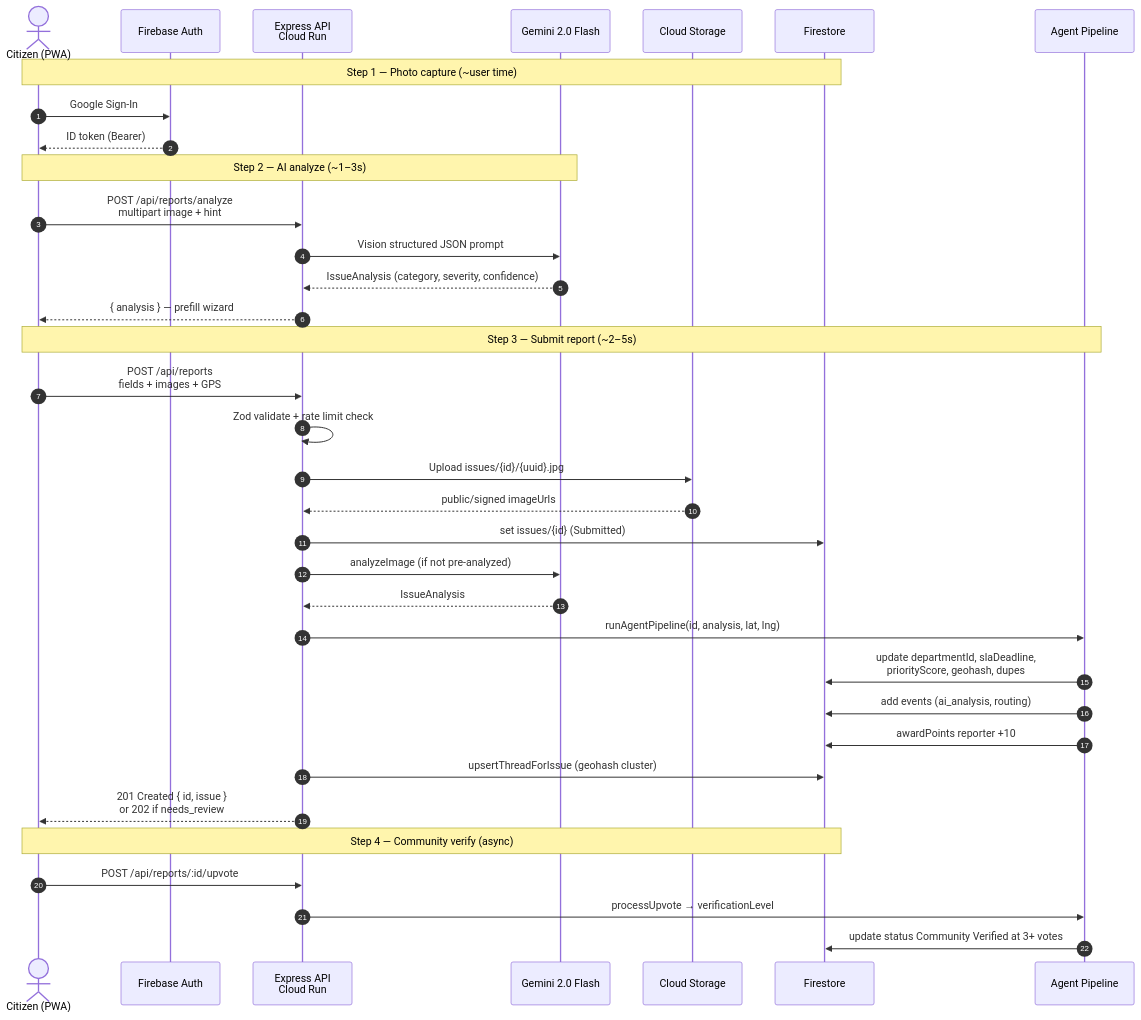
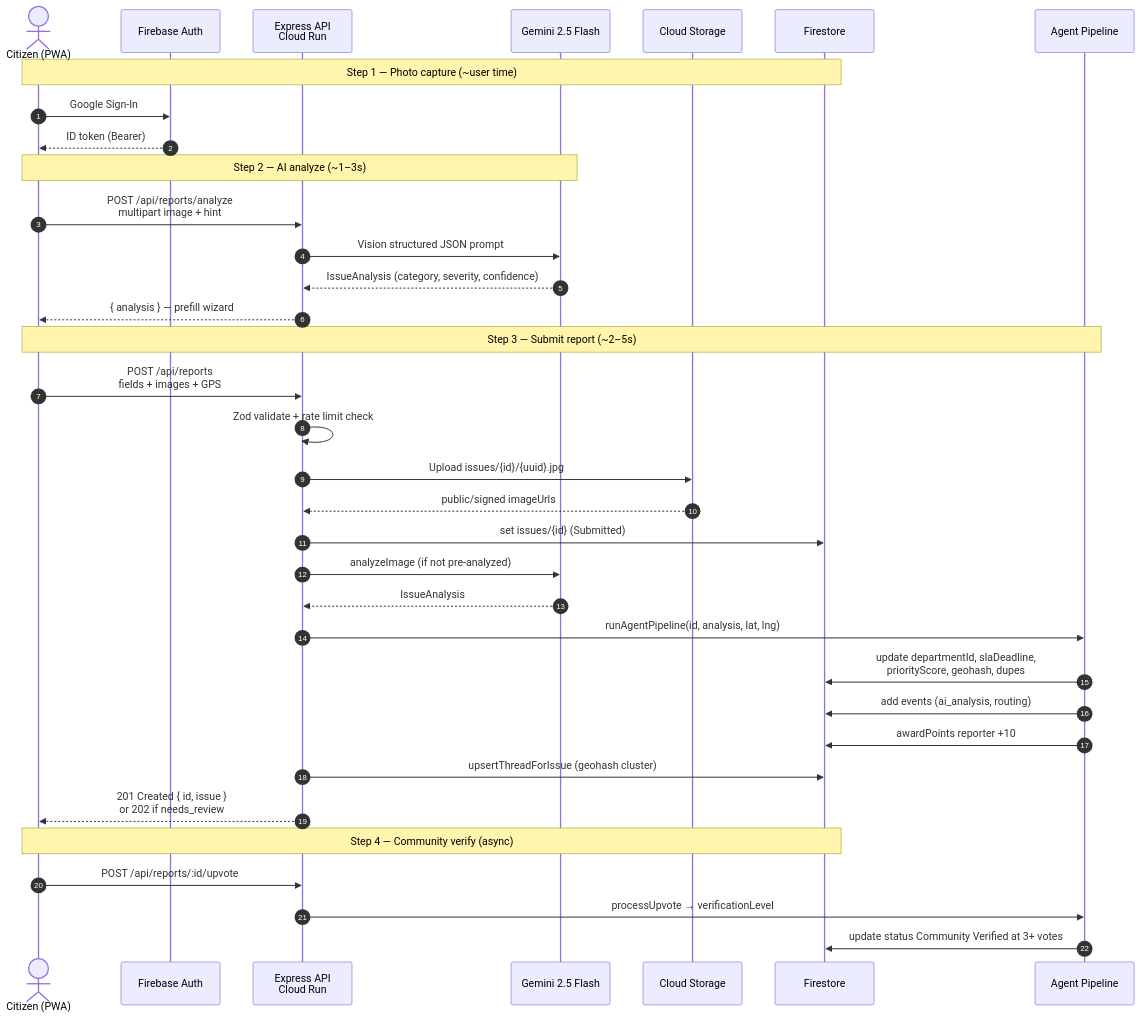
The diagram in docs/diagrams/mermaid/05-report-intake-sequence.mmd (Ojas-Srivastava05/community-hero), drawn with Mermaid before and after one commit. The commit also changed 88 other files, not shown here.

```diff
--- a/docs/diagrams/mermaid/05-report-intake-sequence.mmd
+++ b/docs/diagrams/mermaid/05-report-intake-sequence.mmd
@@ -1,39 +1,39 @@
 sequenceDiagram
   autonumber
   actor Citizen as Citizen (PWA)
   participant Auth as Firebase Auth
   participant API as Express API<br/>Cloud Run
-  participant Gemini as Gemini 2.0 Flash
+  participant Gemini as Gemini 2.5 Flash
   participant Storage as Cloud Storage
   participant FS as Firestore
   participant Agents as Agent Pipeline
 
   Note over Citizen,FS: Step 1 — Photo capture (~user time)
   Citizen->>Auth: Google Sign-In
   Auth-->>Citizen: ID token (Bearer)
 
   Note over Citizen,Gemini: Step 2 — AI analyze (~1–3s)
   Citizen->>API: POST /api/reports/analyze<br/>multipart image + hint
   API->>Gemini: Vision structured JSON prompt
   Gemini-->>API: IssueAnalysis (category, severity, confidence)
   API-->>Citizen: { analysis } — prefill wizard
 
   Note over Citizen,Agents: Step 3 — Submit report (~2–5s)
   Citizen->>API: POST /api/reports<br/>fields + images + GPS
   API->>API: Zod validate + rate limit check
   API->>Storage: Upload issues/{id}/{uuid}.jpg
   Storage-->>API: public/signed imageUrls
   API->>FS: set issues/{id} (Submitted)
   API->>Gemini: analyzeImage (if not pre-analyzed)
   Gemini-->>API: IssueAnalysis
   API->>Agents: runAgentPipeline(id, analysis, lat, lng)
   Agents->>FS: update departmentId, slaDeadline,<br/>priorityScore, geohash, dupes
   Agents->>FS: add events (ai_analysis, routing)
   Agents->>FS: awardPoints reporter +10
   API->>FS: upsertThreadForIssue (geohash cluster)
   API-->>Citizen: 201 Created { id, issue }<br/>or 202 if needs_review
 
   Note over Citizen,FS: Step 4 — Community verify (async)
   Citizen->>API: POST /api/reports/:id/upvote
   API->>Agents: processUpvote → verificationLevel
   Agents->>FS: update status Community Verified at 3+ votes
```
